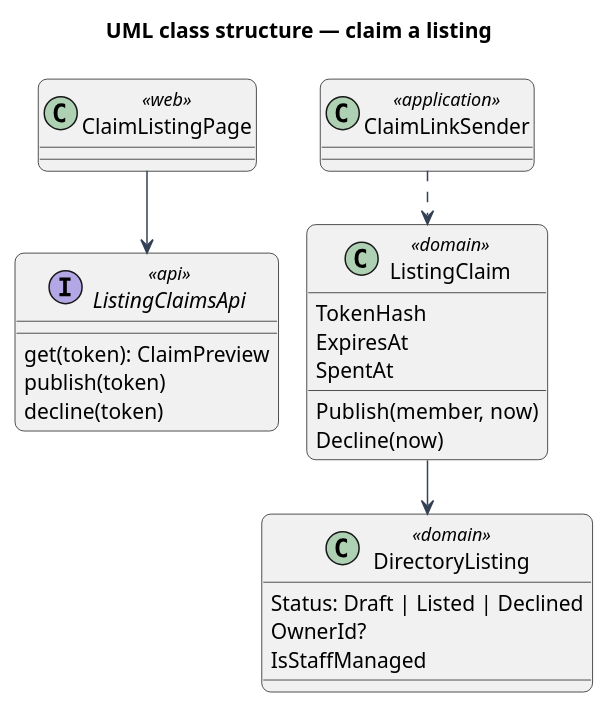
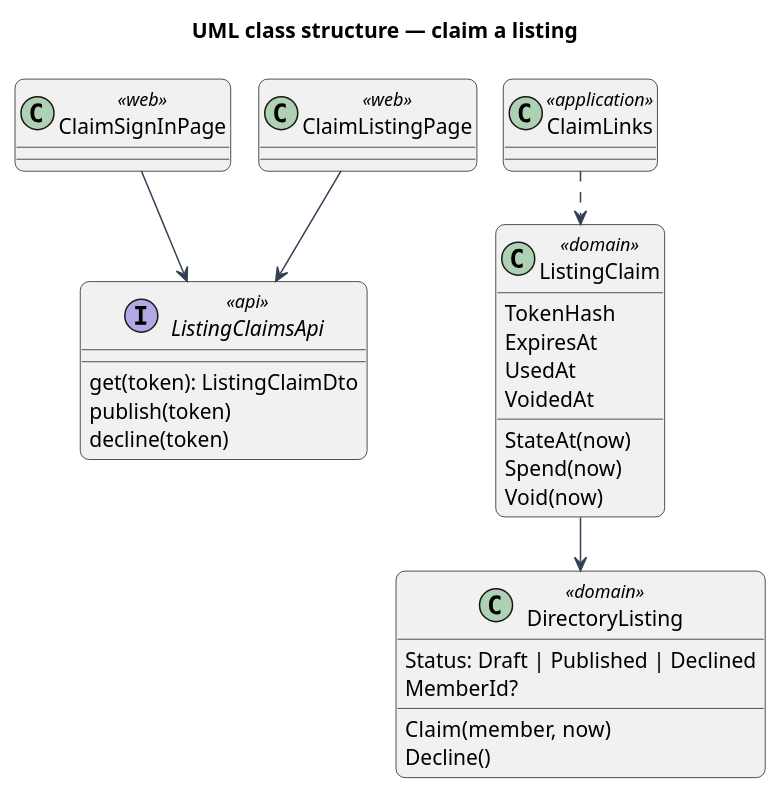
The diagram in docs/detailed-designs/directory/claim-listing/diagrams/class.puml (QuinntyneBrown/christian-fitness), drawn with PlantUML before and after one commit. The commit also changed 41 other files, not shown here.

Commit message:
Journey 19: ADR 0091, claim mocks and design for claiming a listing

```diff
--- a/docs/detailed-designs/directory/claim-listing/diagrams/class.puml
+++ b/docs/detailed-designs/directory/claim-listing/diagrams/class.puml
@@ -1,31 +1,36 @@
 @startuml
 title UML class structure — claim a listing
 !pragma layout smetana
 skinparam backgroundColor #FFFFFF
 skinparam shadowing false
 skinparam roundcorner 12
 skinparam defaultFontName Arial
 skinparam ArrowColor #344054
+class ClaimSignInPage <<web>>
 class ClaimListingPage <<web>>
 interface ListingClaimsApi <<api>> {
-  get(token): ClaimPreview
+  get(token): ListingClaimDto
   publish(token)
   decline(token)
 }
 class ListingClaim <<domain>> {
   TokenHash
   ExpiresAt
-  SpentAt
-  Publish(member, now)
-  Decline(now)
+  UsedAt
+  VoidedAt
+  StateAt(now)
+  Spend(now)
+  Void(now)
 }
 class DirectoryListing <<domain>> {
-  Status: Draft | Listed | Declined
-  OwnerId?
-  IsStaffManaged
+  Status: Draft | Published | Declined
+  MemberId?
+  Claim(member, now)
+  Decline()
 }
-class ClaimLinkSender <<application>>
+class ClaimLinks <<application>>
+ClaimSignInPage --> ListingClaimsApi
 ClaimListingPage --> ListingClaimsApi
 ListingClaim --> DirectoryListing
-ClaimLinkSender ..> ListingClaim
+ClaimLinks ..> ListingClaim
 @enduml
```
